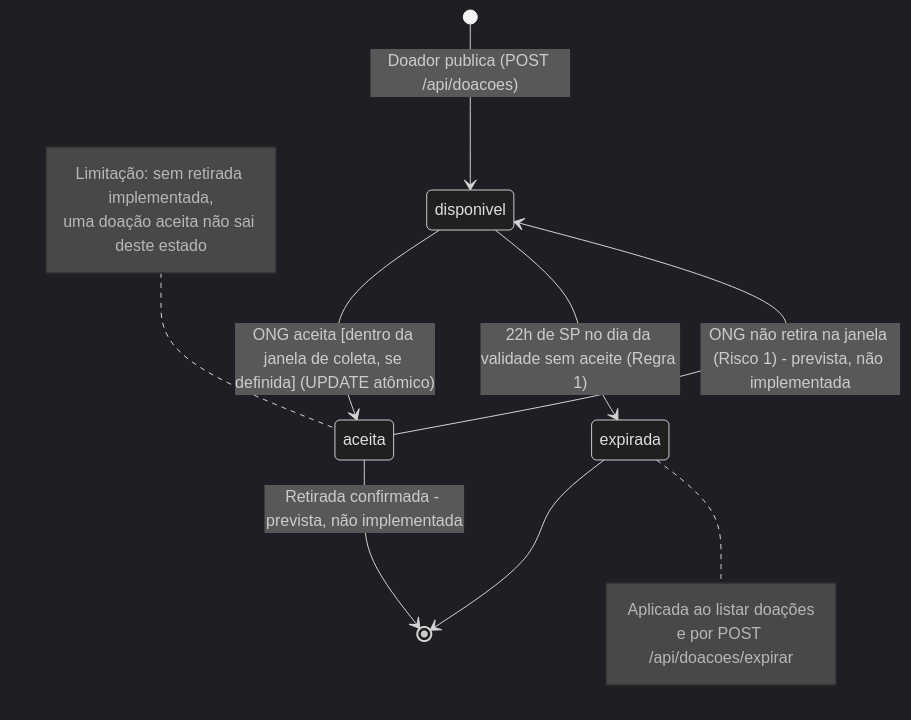
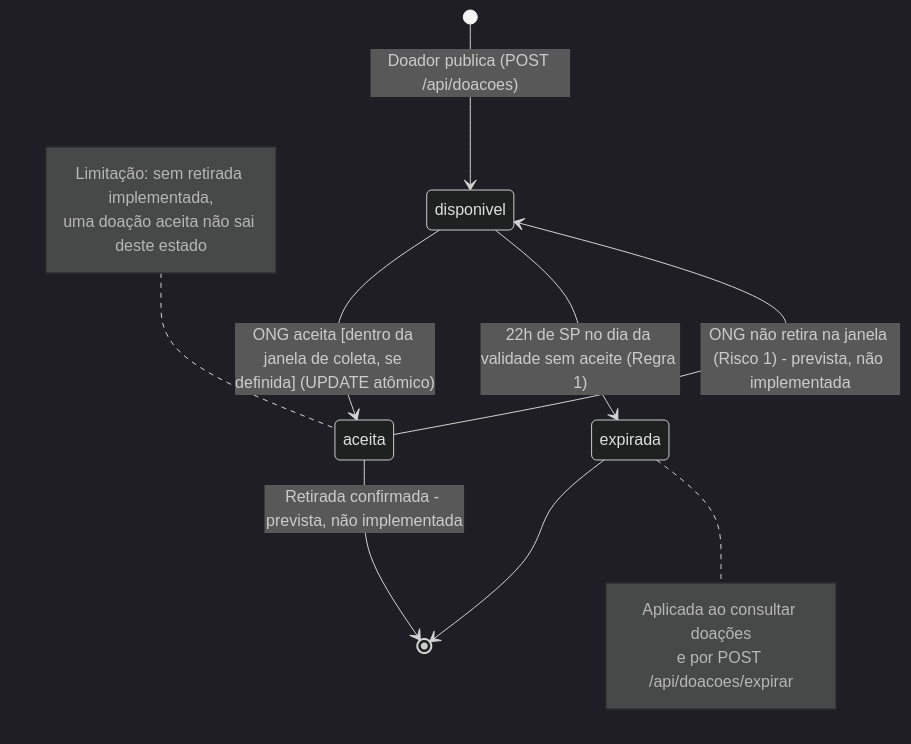
One commit to RafaelBandoch/APDA-Prato-Cheio changed the second of 2 diagrams in docs/diagramas/estados-doacao.md. Above: the diagram before and after it, drawn with Mermaid (dark theme). The commit also changed other lines of this file and 2 other files, not shown here.

````diff
--- a/docs/diagramas/estados-doacao.md
+++ b/docs/diagramas/estados-doacao.md
@@ -100,19 +100,19 @@
 ```mermaid
 stateDiagram-v2
     [*] --> disponivel : Doador publica (POST /api/doacoes)
     disponivel --> aceita : ONG aceita [dentro da janela de coleta, se definida] (UPDATE atômico)
     disponivel --> expirada : 22h de SP no dia da validade sem aceite (Regra 1)
     aceita --> disponivel : ONG não retira na janela (Risco 1) - prevista, não implementada
     aceita --> [*] : Retirada confirmada - prevista, não implementada
     expirada --> [*]
 
     note right of expirada
-        Aplicada ao listar doações
+        Aplicada ao consultar doações
         e por POST /api/doacoes/expirar
     end note
 
     note left of aceita
         Limitação: sem retirada implementada,
         uma doação aceita não sai deste estado
     end note
 ```
````
